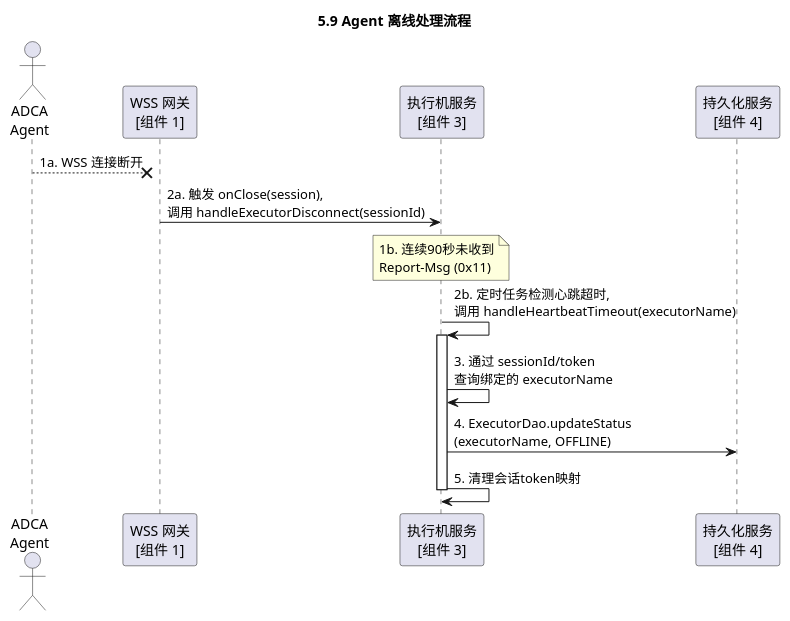
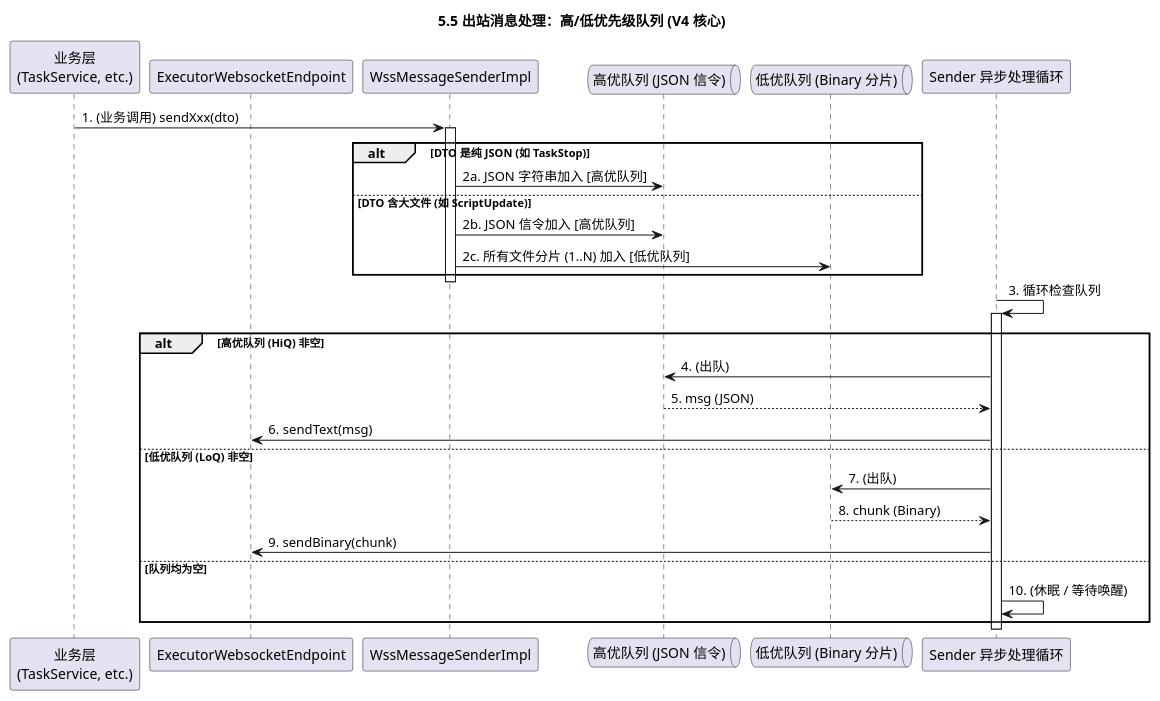
Before and after one commit to GuiHongli/DialTestCenter: the seventh of 8 diagrams in AR软件实现设计文档/执行机管理/执行机管理-WebSocket通信协议设计.md, drawn with PlantUML. The commit also changed other lines of this file and 48 other files, not shown here.

````diff
--- a/AR软件实现设计文档/执行机管理/执行机管理-WebSocket通信协议设计.md
+++ b/AR软件实现设计文档/执行机管理/执行机管理-WebSocket通信协议设计.md
@@ -645,28 +808,41 @@
 ```plantuml
 @startuml
-title 5.9 Agent 离线处理流程
+title 5.5 出站消息处理：高/低优先级队列 (V4 核心)
 
-actor "ADCA\nAgent" as Agent
-participant "WSS 网关\n[组件 1]" as Wss
-participant "执行机服务\n[组件 3]" as ExecService
-participant "持久化服务\n[组件 4]" as Dao
+participant "业务层\n(TaskService, etc.)" as Biz
+participant "ExecutorWebsocketEndpoint" as Endpoint
 
-' 场景1: Agent 意外断线
-Agent --x Wss : 1a. WSS 连接断开
+' -- WssMessageSenderImpl 内部实现 --
+participant "WssMessageSenderImpl" as Sender
+queue "高优队列 (JSON 信令)" as HiQ
+queue "低优队列 (Binary 分片)" as LoQ
+participant "Sender 异步处理循环" as Loop
+' ---------------------------------------------------
 
-Wss -> ExecService : 2a. 触发 onClose(session),\n调用 handleExecutorDisconnect(sessionId)
+Biz -> Sender : 1. (业务调用) sendXxx(dto)
+activate Sender
+    alt DTO 是纯 JSON (如 TaskStop)
+        Sender -> HiQ : 2a. JSON 字符串加入 [高优队列]
+    else DTO 含大文件 (如 ScriptUpdate)
+        Sender -> HiQ : 2b. JSON 信令加入 [高优队列]
+        Sender -> LoQ : 2c. 所有文件分片 (1..N) 加入 [低优队列]
+    end
+deactivate Sender
 
-' 场景2: 心跳超时
-note over ExecService : 1b. 连续90秒未收到\nReport-Msg (0x11)
-
-ExecService -> ExecService : 2b. 定时任务检测心跳超时,\n调用 handleHeartbeatTimeout(executorName)
-
-' 共同处理
-activate ExecService
-    ExecService -> ExecService : 3. 通过 sessionId/token\n查询绑定的 executorName
-    ExecService -> Dao : 4. ExecutorDao.updateStatus\n(executorName, OFFLINE)
-    ExecService -> ExecService : 5. 清理会话token映射
-deactivate ExecService
-
+' 单独的发送循环 (每个Session一个)
+Loop -> Loop : 3. 循环检查队列
+activate Loop
+    alt 高优队列 (HiQ) 非空
+        Loop -> HiQ : 4. (出队)
+        HiQ --> Loop : 5. msg (JSON)
+        Loop -> Endpoint : 6. sendText(msg)
+    else 低优队列 (LoQ) 非空
+        Loop -> LoQ : 7. (出队)
+        LoQ --> Loop : 8. chunk (Binary)
+        Loop -> Endpoint : 9. sendBinary(chunk)
+    else 队列均为空
+        Loop -> Loop : 10. (休眠 / 等待唤醒)
+    end
+deactivate Loop
 @enduml
 ```
````
